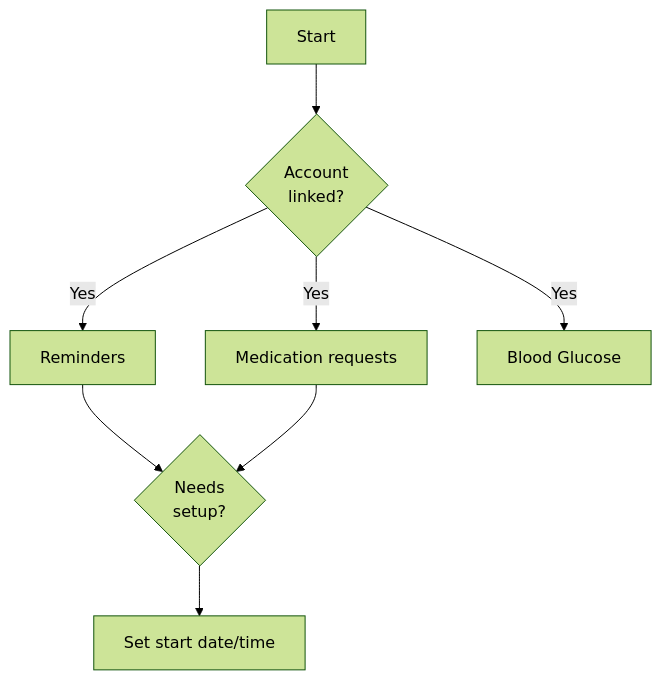
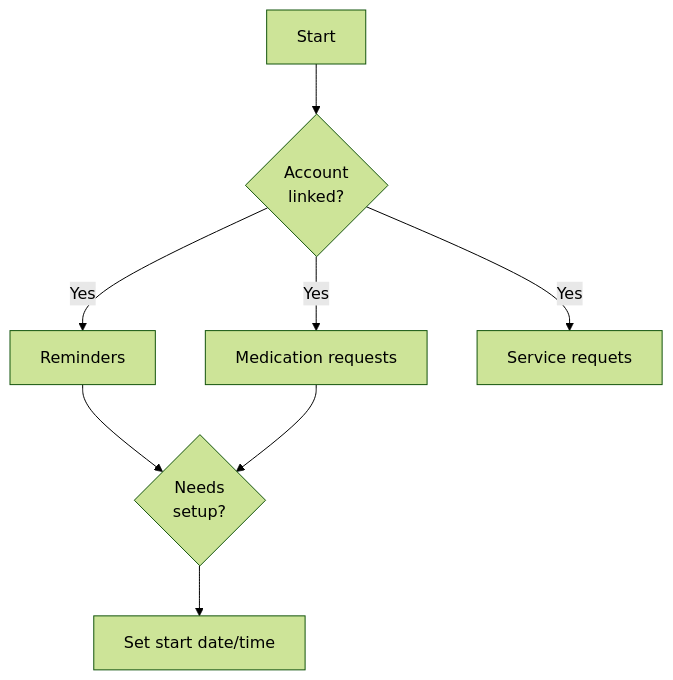
One commit to adonozo/diabetes-assistant-skill changed the first of 5 diagrams in alexa-model.md. Above: the diagram before and after it, drawn with Mermaid (forest theme). The commit also changed other lines of this file, not shown here.

````diff
--- a/alexa-model.md
+++ b/alexa-model.md
@@ -3,12 +3,12 @@
 ```mermaid
 graph TD
     Start --> A{Account<br>linked?}
     A -->|Yes| B[Reminders]
     A -->|Yes| D[Medication requests]
-    A -->|Yes| C[Blood Glucose]
+    A -->|Yes| C[Service requets]
     E{Needs<br>setup?}
     F[Set start date/time]
     B --> E
     D --> E
     E --> F 
 ```
````
